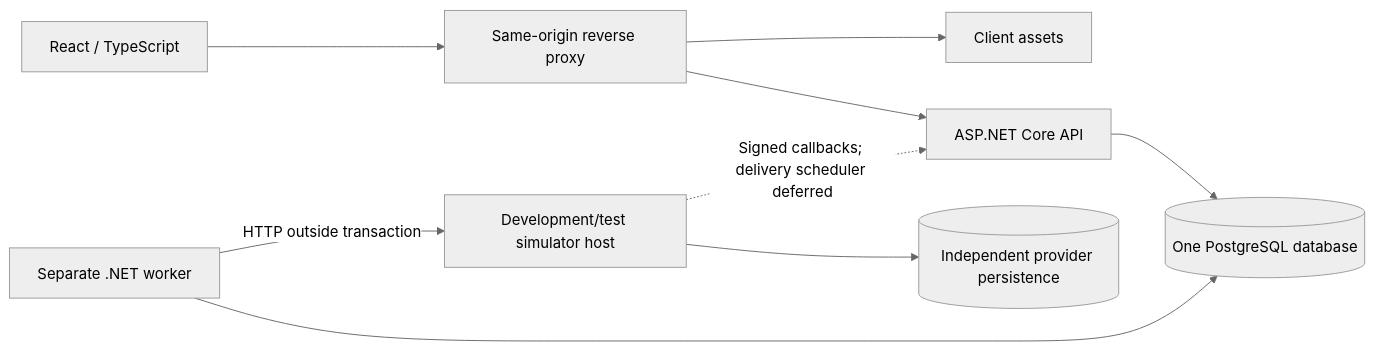
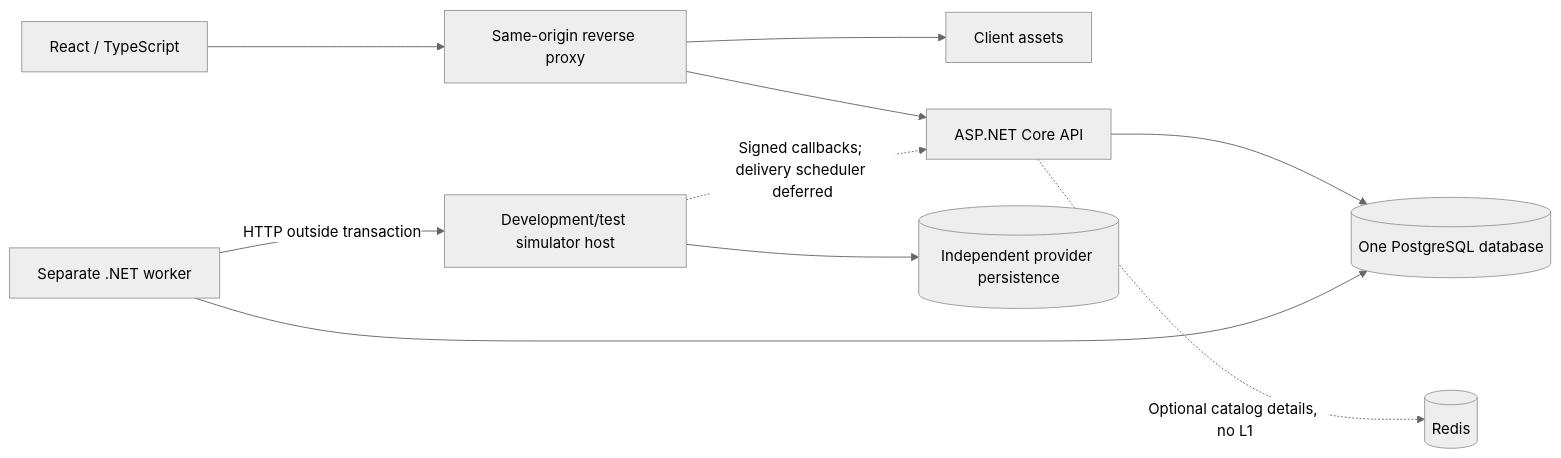
Before and after one commit to haiduong312/OrderFlow: the diagram in docs/architecture.md, drawn with Mermaid (neutral theme). The commit also changed other lines of this file and 22 other files, not shown here.

Commit message:
perf: cache catalog reads with explicit invalidation semantics

````diff
--- a/docs/architecture.md
+++ b/docs/architecture.md
@@ -7,11 +7,12 @@
 ```mermaid
 flowchart LR
     Browser[React / TypeScript] --> Proxy[Same-origin reverse proxy]
     Proxy --> Static[Client assets]
     Proxy --> API[ASP.NET Core API]
     API --> DB[(One PostgreSQL database)]
+    API -.->|Optional catalog details, no L1| Cache[(Redis)]
     Worker[Separate .NET worker] --> DB
     Worker -->|HTTP outside transaction| Gateway[Development/test simulator host]
     Gateway --> ProviderDB[(Independent provider persistence)]
     Gateway -.->|Signed callbacks; delivery scheduler deferred| API
 ```
````
